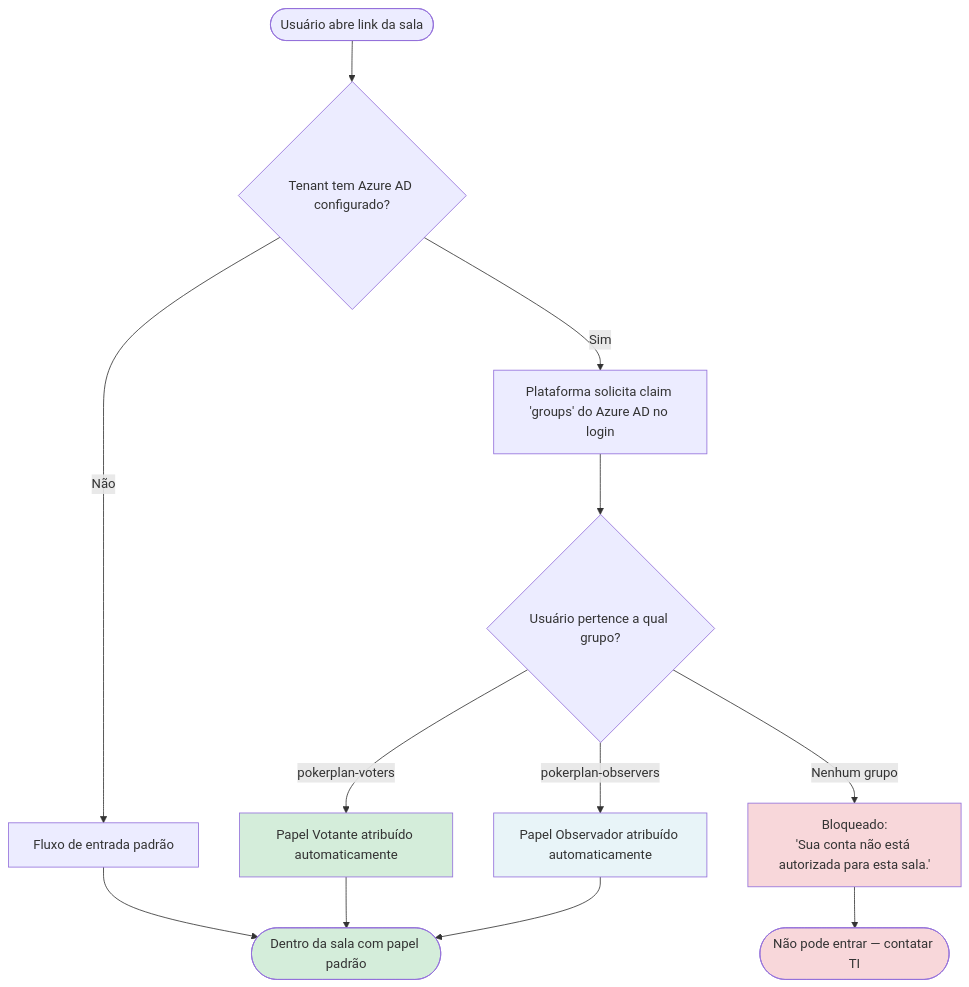
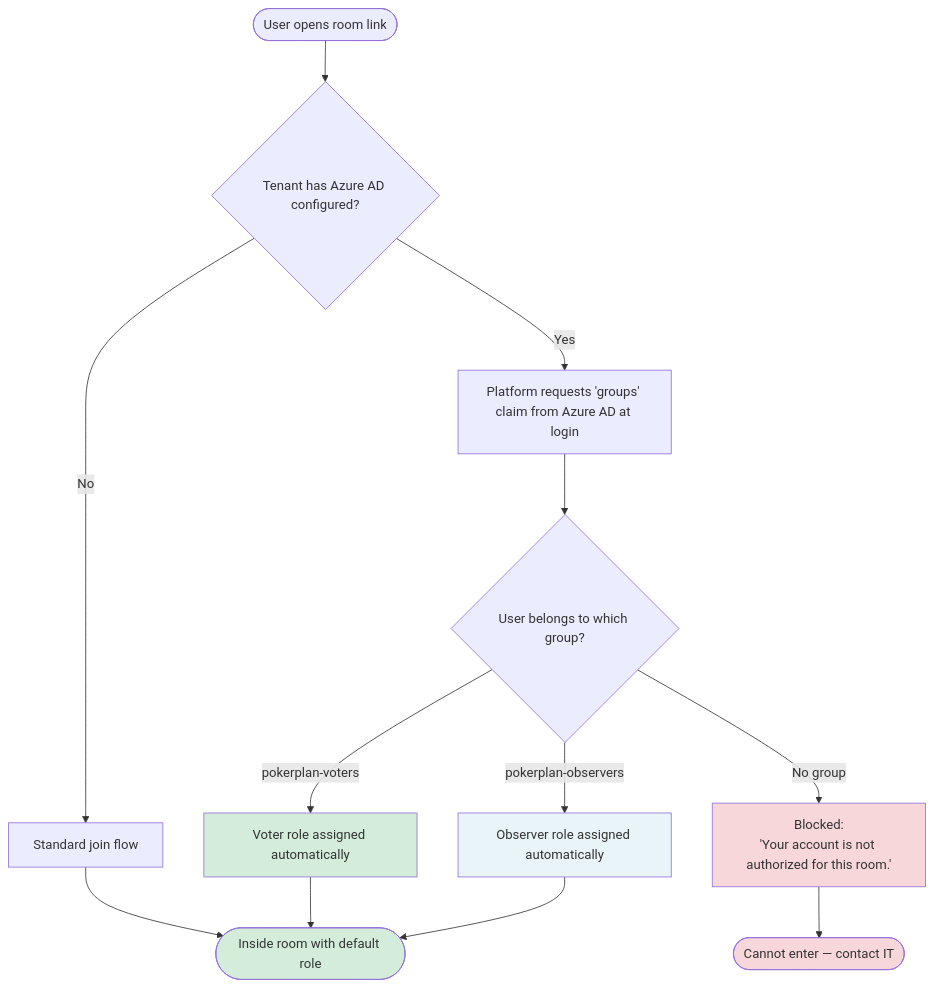
The sixth of 7 diagrams in docs/use-cases/case-poker/07.1-product-backlog-access-control.md (hugo-hsbtech/teamwork-process), drawn with Mermaid before and after one commit. The commit also changed other lines of this file and 63 other files, not shown here.

````diff
--- a/docs/use-cases/case-poker/07.1-product-backlog-access-control.md
+++ b/docs/use-cases/case-poker/07.1-product-backlog-access-control.md
@@ -198,24 +198,24 @@
 ```mermaid
 flowchart TD
-    A([Usuário abre link da sala]) --> B{Tenant tem Azure AD configurado?}
+    A([User opens room link]) --> B{Tenant has Azure AD configured?}
 
-    B -- Não --> C[Fluxo de entrada padrão]
-    C --> Z([Dentro da sala com papel padrão])
+    B -- No --> C[Standard join flow]
+    C --> Z([Inside room with default role])
 
-    B -- Sim --> D[Plataforma solicita claim 'groups' do Azure AD no login]
-    D --> E{Usuário pertence a qual grupo?}
+    B -- Yes --> D[Platform requests 'groups' claim from Azure AD at login]
+    D --> E{User belongs to which group?}
 
-    E -- pokerplan-voters --> F[Papel Votante atribuído automaticamente]
-    E -- pokerplan-observers --> G[Papel Observador atribuído automaticamente]
-    E -- Nenhum grupo --> H[Bloqueado:\n'Sua conta não está autorizada para esta sala.']
+    E -- pokerplan-voters --> F[Voter role assigned automatically]
+    E -- pokerplan-observers --> G[Observer role assigned automatically]
+    E -- No group --> H[Blocked:\n'Your account is not authorized for this room.']
 
     F --> Z
     G --> Z
-    H --> I([Não pode entrar — contatar TI])
+    H --> I([Cannot enter — contact IT])
 
     style F fill:#d4edda
     style G fill:#e8f4f8
     style H fill:#f8d7da
     style I fill:#f8d7da
     style Z fill:#d4edda
 ```
````
